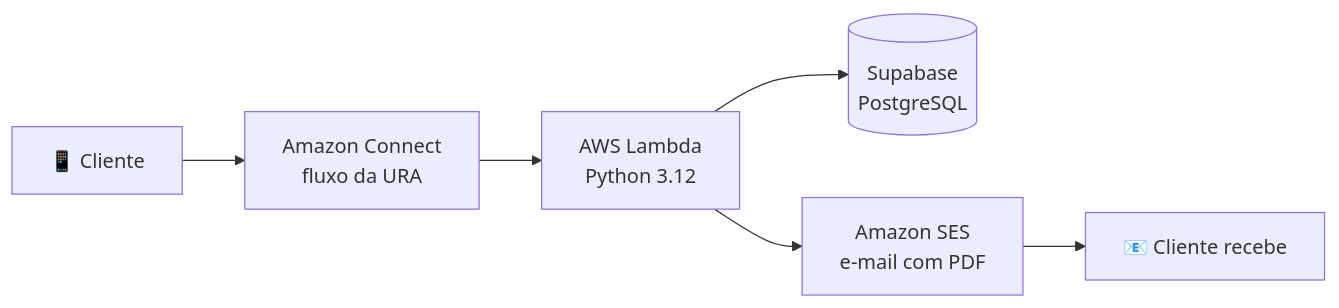
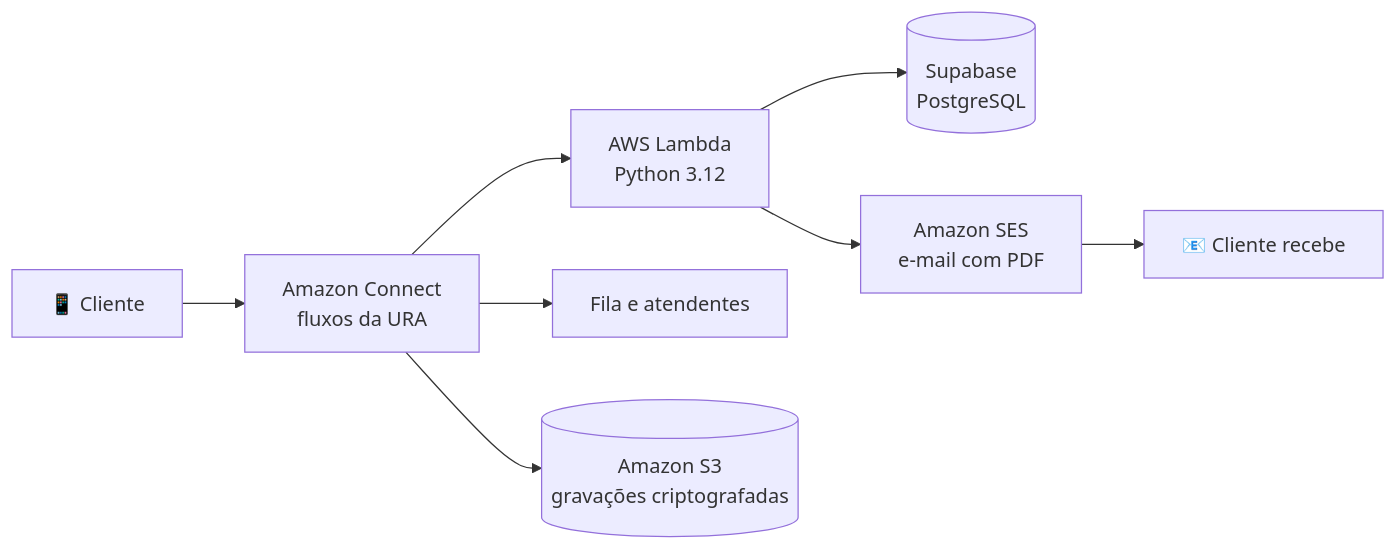
One commit to DayanePereiraCosta/ura-financeira-demo changed the third of 3 diagrams in README.md. Above: the diagram before and after it, drawn with Mermaid. The commit also changed other lines of this file, not shown here.

````diff
--- a/README.md
+++ b/README.md
@@ -46,8 +69,10 @@
 ```mermaid
 flowchart LR
-    A["📱 Cliente"] --> B["Amazon Connect<br/>fluxo da URA"]
+    A["📱 Cliente"] --> B["Amazon Connect<br/>fluxos da URA"]
     B --> C["AWS Lambda<br/>Python 3.12"]
     C --> D[("Supabase<br/>PostgreSQL")]
     C --> E["Amazon SES<br/>e-mail com PDF"]
     E --> F["📧 Cliente recebe"]
+    B --> G["Fila e atendentes"]
+    B --> H[("Amazon S3<br/>gravações criptografadas")]
 ```
````
